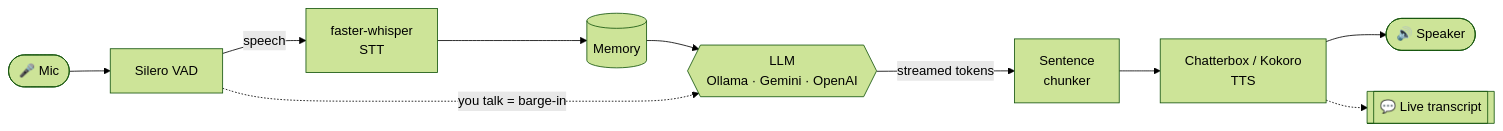
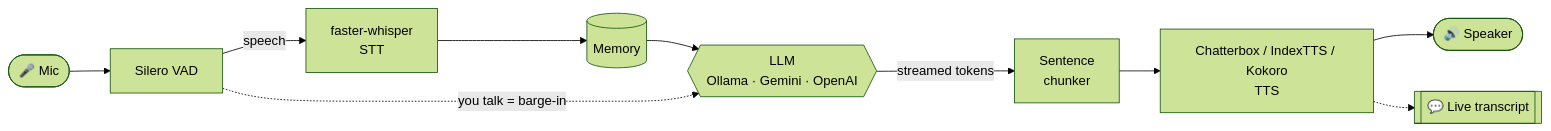
One commit to xulqar9/VCB changed the diagram in README.md. Above: the diagram before and after it, drawn with Mermaid (forest theme). The commit also changed other lines of this file and 27 other files, not shown here.

````diff
--- a/README.md
+++ b/README.md
@@ -133,12 +144,12 @@
 ```mermaid
 flowchart LR
     mic([🎤 Mic]) --> vad[Silero VAD]
     vad -->|speech| stt[faster-whisper<br/>STT]
     stt --> mem[(Memory)]
     mem --> llm{{LLM<br/>Ollama · Gemini · OpenAI}}
     llm -->|streamed tokens| chunk[Sentence<br/>chunker]
-    chunk --> tts[Chatterbox / Kokoro<br/>TTS]
+    chunk --> tts[Chatterbox / IndexTTS / Kokoro<br/>TTS]
     tts --> spk([🔊 Speaker])
     tts -.-> chat[[💬 Live transcript]]
     vad -.->|you talk = barge-in| llm
 ```
````
